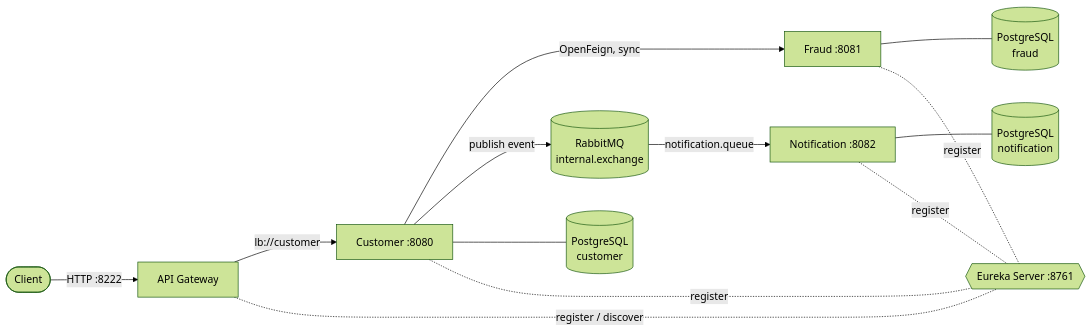
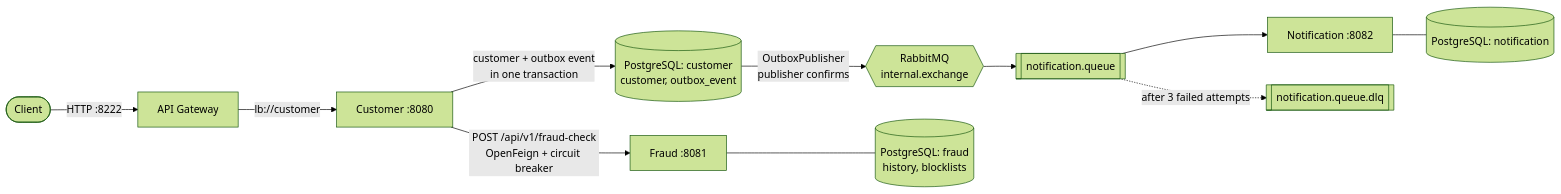
The first of 2 diagrams in README.md (0xZinchenko/spring-microservices-platform), drawn with Mermaid (forest theme) before and after one commit. The commit also changed other lines of this file, not shown here.

````diff
--- a/README.md
+++ b/README.md
@@ -71,18 +16,13 @@
 ```mermaid
 flowchart LR
-    client([Client]) -->|HTTP :8222| gateway[API Gateway]
-    gateway -->|lb://customer| customer[Customer :8080]
-    customer -->|OpenFeign, sync| fraud[Fraud :8081]
-    customer -->|publish event| mq[(RabbitMQ<br/>internal.exchange)]
-    mq -->|notification.queue| notification[Notification :8082]
-
-    customer --- dbC[(PostgreSQL<br/>customer)]
-    fraud --- dbF[(PostgreSQL<br/>fraud)]
-    notification --- dbN[(PostgreSQL<br/>notification)]
-
-    eureka{{Eureka Server :8761}}
-    gateway -.register / discover.- eureka
-    customer -.register.- eureka
-    fraud -.register.- eureka
-    notification -.register.- eureka
+    client([Client]) -->|"HTTP :8222"| gateway[API Gateway]
+    gateway -->|"lb://customer"| customer[Customer :8080]
+    customer -->|"POST /api/v1/fraud-check<br/>OpenFeign + circuit breaker"| fraud[Fraud :8081]
+    customer -->|"customer + outbox event<br/>in one transaction"| dbC[("PostgreSQL: customer<br/>customer, outbox_event")]
+    dbC -->|"OutboxPublisher<br/>publisher confirms"| exchange{{"RabbitMQ<br/>internal.exchange"}}
+    exchange --> queue[["notification.queue"]]
+    queue --> notification[Notification :8082]
+    queue -. "after 3 failed attempts" .-> dlq[["notification.queue.dlq"]]
+    fraud --- dbF[("PostgreSQL: fraud<br/>history, blocklists")]
+    notification --- dbN[("PostgreSQL: notification")]
 ```
````
